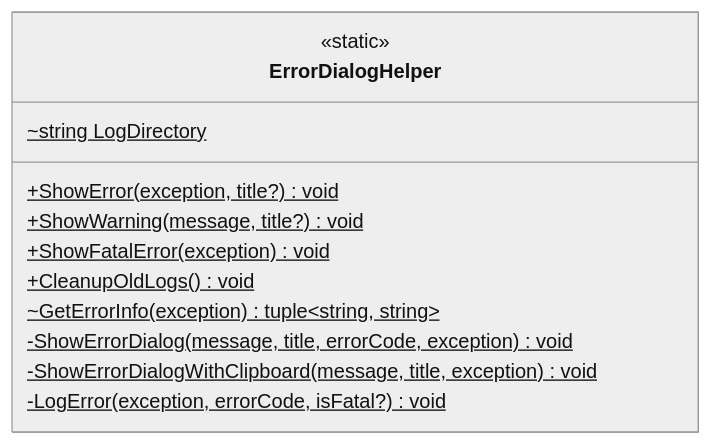
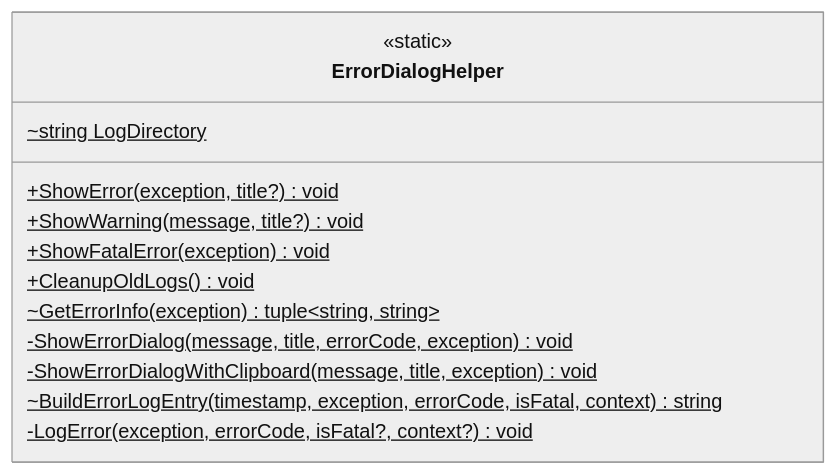
One commit to kuwayamamasayuki/ICCardManager changed diagram 44 of 54 in ICCardManager/docs/design/05_クラス設計書.md. Above: the diagram before and after it, drawn with Mermaid (neutral theme). The commit also changed other lines of this file and 4 other files, not shown here.

````diff
--- a/ICCardManager/docs/design/05_クラス設計書.md
+++ b/ICCardManager/docs/design/05_クラス設計書.md
@@ -3085,15 +3094,16 @@
 ```mermaid
 classDiagram
     class ErrorDialogHelper {
         <<static>>
         ~string LogDirectory$
         +ShowError(exception, title?)$ void
         +ShowWarning(message, title?)$ void
         +ShowFatalError(exception)$ void
         +CleanupOldLogs()$ void
         ~GetErrorInfo(exception)$ tuple~string, string~
         -ShowErrorDialog(message, title, errorCode, exception)$ void
         -ShowErrorDialogWithClipboard(message, title, exception)$ void
-        -LogError(exception, errorCode, isFatal?)$ void
+        ~BuildErrorLogEntry(timestamp, exception, errorCode, isFatal, context)$ string
+        -LogError(exception, errorCode, isFatal?, context?)$ void
     }
 ```
````
